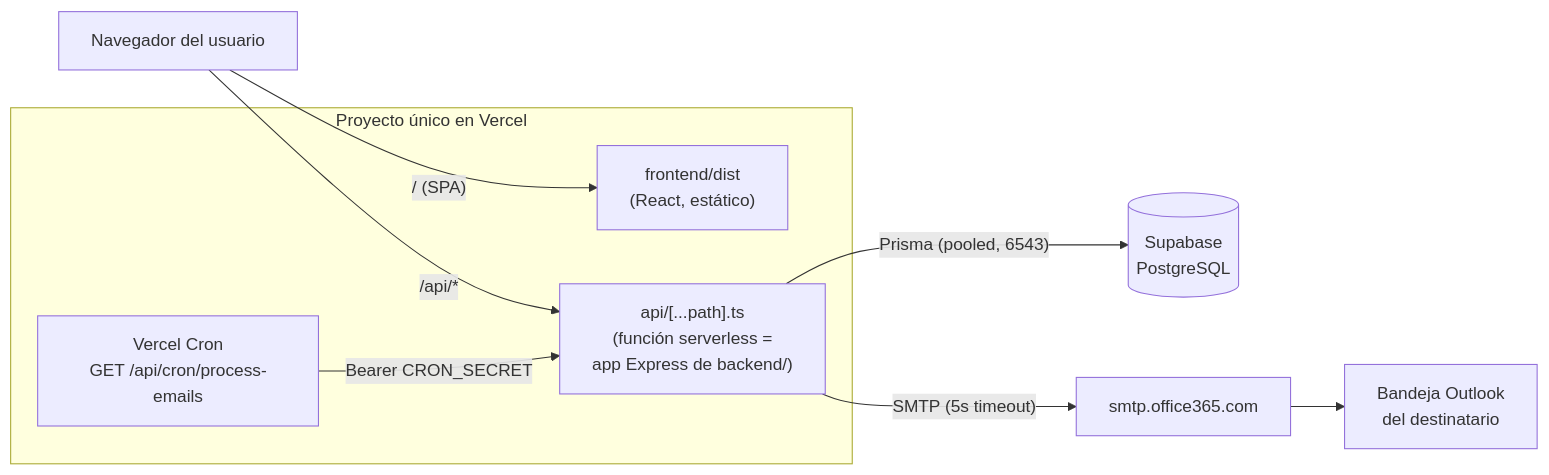
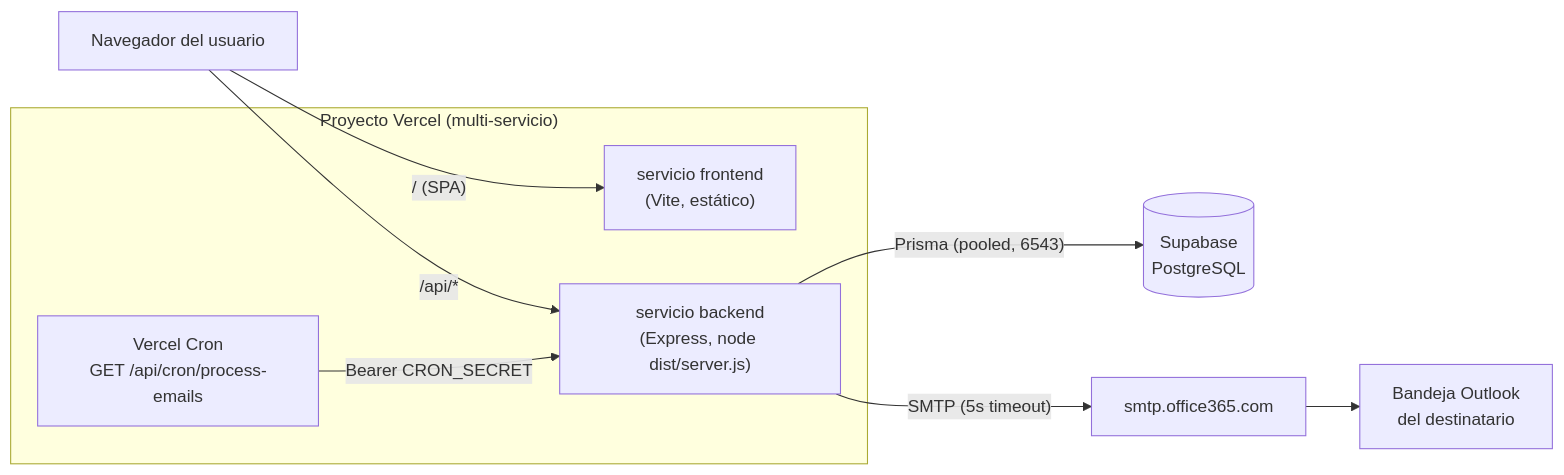
The third of 3 diagrams in docs/DISENO.md (carlosj31z/CONCILIACIONES-PLA-DOC), drawn with Mermaid before and after one commit. The commit also changed other lines of this file and 5 other files, not shown here.

````diff
--- a/docs/DISENO.md
+++ b/docs/DISENO.md
@@ -323,15 +327,15 @@
 ```mermaid
 flowchart LR
-    subgraph Vercel["Proyecto único en Vercel"]
-        FE["frontend/dist\n(React, estático)"]
-        API["api/[...path].ts\n(función serverless =\napp Express de backend/)"]
+    subgraph Vercel["Proyecto Vercel (multi-servicio)"]
+        FE["servicio frontend\n(Vite, estático)"]
+        BE["servicio backend\n(Express, node dist/server.js)"]
         CRON["Vercel Cron\nGET /api/cron/process-emails"]
     end
 
     Browser["Navegador del usuario"] -->|"/ (SPA)"| FE
-    Browser -->|"/api/*"| API
-    API -->|"Prisma (pooled, 6543)"| Supabase[("Supabase\nPostgreSQL")]
-    CRON -->|"Bearer CRON_SECRET"| API
-    API -->|"SMTP (5s timeout)"| SMTP["smtp.office365.com"]
+    Browser -->|"/api/*"| BE
+    BE -->|"Prisma (pooled, 6543)"| Supabase[("Supabase\nPostgreSQL")]
+    CRON -->|"Bearer CRON_SECRET"| BE
+    BE -->|"SMTP (5s timeout)"| SMTP["smtp.office365.com"]
     SMTP --> Outlook["Bandeja Outlook\ndel destinatario"]
 ```
````
